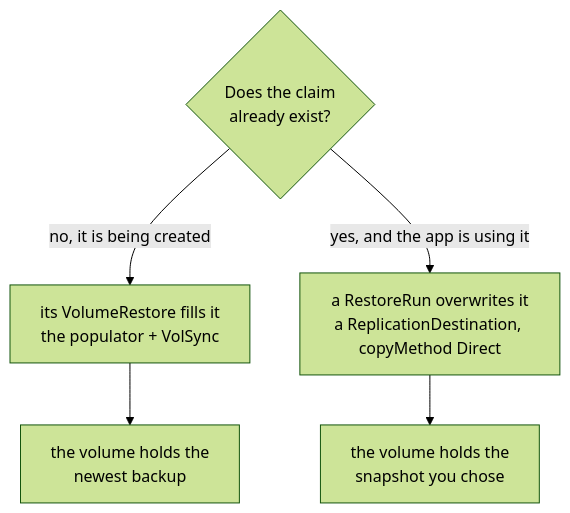
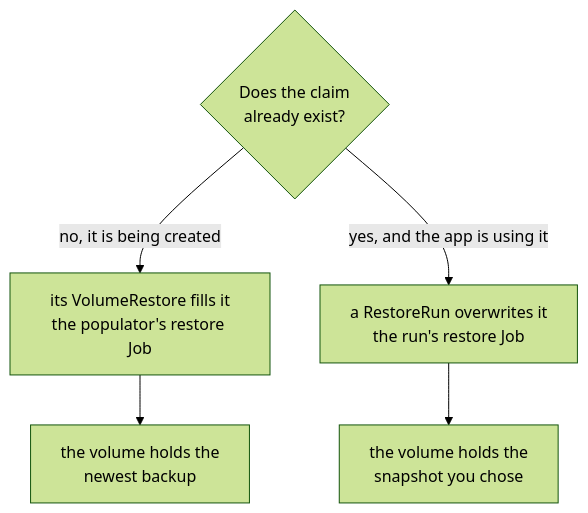
The first of 3 diagrams in docs/restores.md (walzen-group/backup-controller), drawn with Mermaid (forest theme) before and after one commit. The commit also changed other lines of this file and 5 other files, not shown here.

First line of the commit message:
docs: volume restores run through the controller's restore Job

````diff
--- a/docs/restores.md
+++ b/docs/restores.md
@@ -17,9 +17,9 @@
 ```mermaid
 flowchart TD
     Q{"Does the claim<br/>already exist?"}
-    Q -- "no, it is being created" --> P["its VolumeRestore fills it<br/>the populator + VolSync"]
-    Q -- "yes, and the app is using it" --> D["a RestoreRun overwrites it<br/>a ReplicationDestination, copyMethod Direct"]
+    Q -- "no, it is being created" --> P["its VolumeRestore fills it<br/>the populator's restore Job"]
+    Q -- "yes, and the app is using it" --> D["a RestoreRun overwrites it<br/>the run's restore Job"]
 
     P --> P1["the volume holds the<br/>newest backup"]
     D --> D1["the volume holds the<br/>snapshot you chose"]
 ```
````
